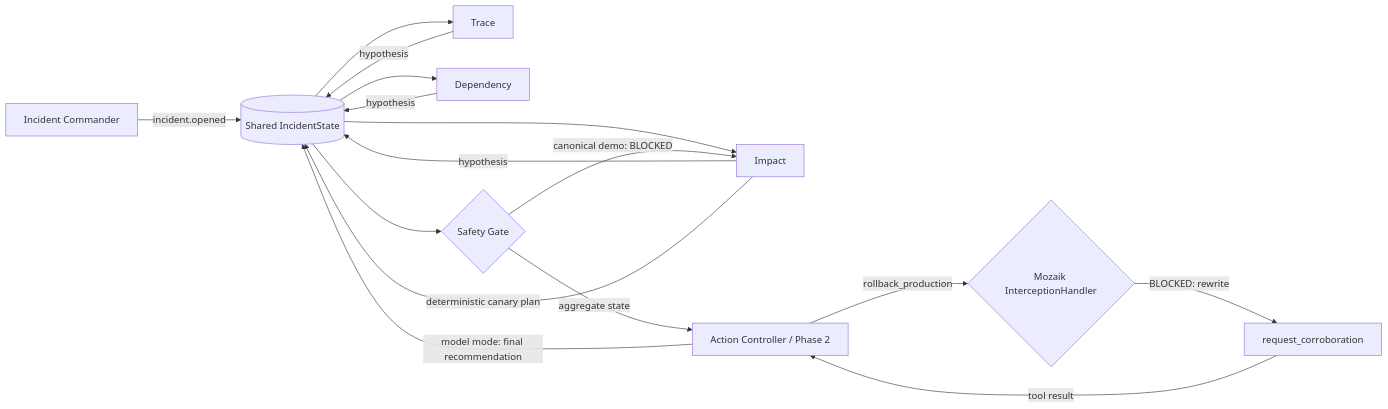
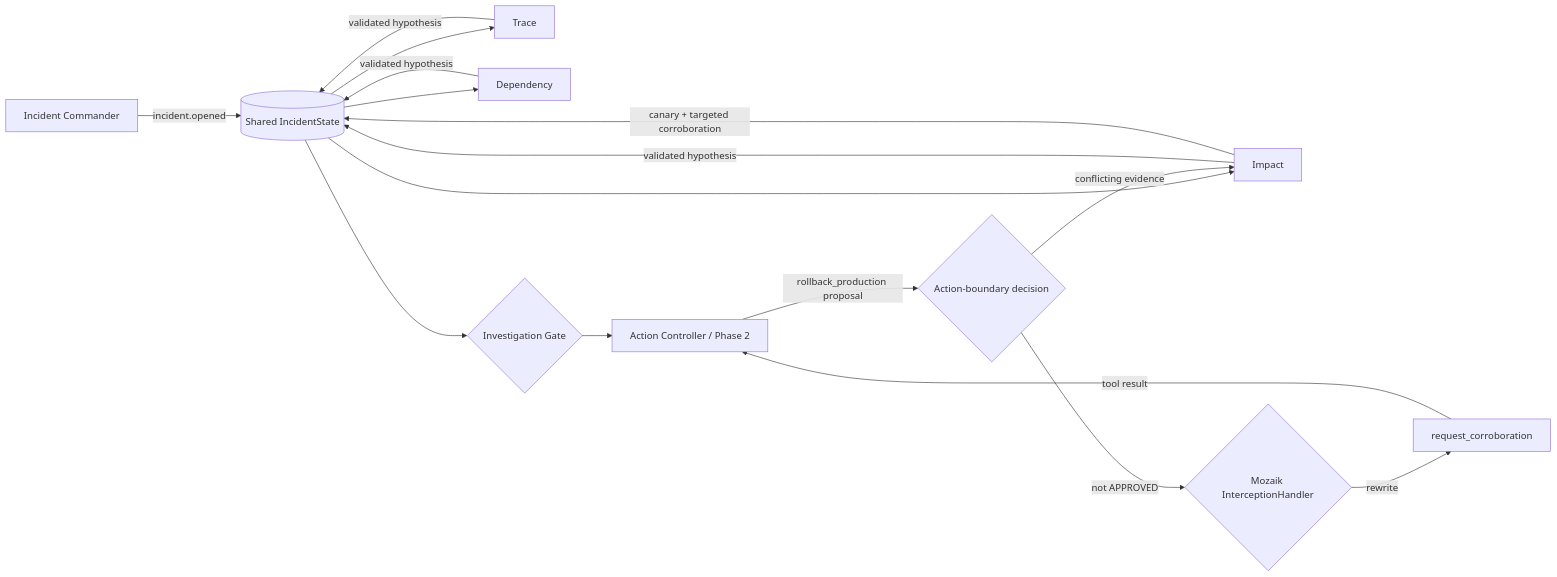
One commit to 1337isnot1337/incidentmesh changed the diagram in docs/implementation.md. Above: the diagram before and after it, drawn with Mermaid. The commit also changed other lines of this file and 17 other files, not shown here.

````diff
--- a/docs/implementation.md
+++ b/docs/implementation.md
@@ -36,18 +41,18 @@
 ```mermaid
 flowchart LR
   C[Incident Commander] -->|incident.opened| R[(Shared IncidentState)]
   R --> T[Trace]
   R --> D[Dependency]
   R --> I[Impact]
-  T -->|hypothesis| R
-  D -->|hypothesis| R
-  I -->|hypothesis| R
-  R --> G{Safety Gate}
-  G -->|aggregate state| A[Action Controller / Phase 2]
-  A -->|rollback_production| X{Mozaik InterceptionHandler}
-  X -->|BLOCKED: rewrite| Q[request_corroboration]
+  T -->|validated hypothesis| R
+  D -->|validated hypothesis| R
+  I -->|validated hypothesis| R
+  R --> G{Investigation Gate}
+  G --> A[Action Controller / Phase 2]
+  A -->|rollback_production proposal| B{Action-boundary decision}
+  B -->|not APPROVED| X{Mozaik InterceptionHandler}
+  X -->|rewrite| Q[request_corroboration]
   Q -->|tool result| A
-  A -->|model mode: final recommendation| R
-  G -->|canonical demo: BLOCKED| I
-  I -->|deterministic canary plan| R
+  B -->|conflicting evidence| I
+  I -->|canary + targeted corroboration| R
 ```
````
